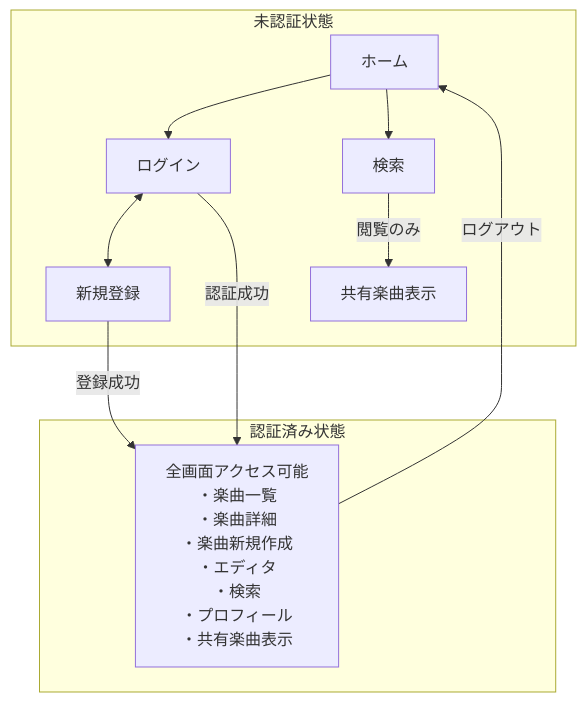
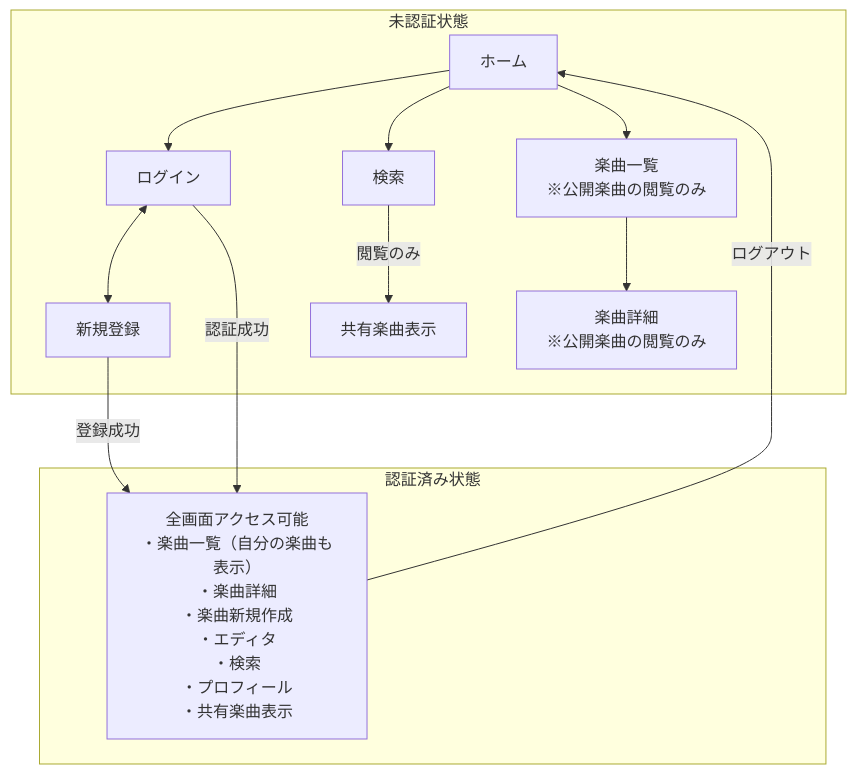
One commit to yasudaProduct/chord-chart changed the third of 12 diagrams in docs/ui/screen-flow.md. Above: the diagram before and after it, drawn with Mermaid. The commit also changed other lines of this file and 2 other files, not shown here.

````diff
--- a/docs/ui/screen-flow.md
+++ b/docs/ui/screen-flow.md
@@ -73,22 +74,26 @@
 ```mermaid
 flowchart TB
     subgraph 未認証状態
         Home1[ホーム]
         Login1[ログイン]
         Register1[新規登録]
         Search1[検索]
         Share1[共有楽曲表示]
+        Songs1[楽曲一覧<br/>※公開楽曲の閲覧のみ]
+        SongDetail1[楽曲詳細<br/>※公開楽曲の閲覧のみ]
     end
 
     subgraph 認証済み状態
-        AllPages[全画面アクセス可能<br/>・楽曲一覧<br/>・楽曲詳細<br/>・楽曲新規作成<br/>・エディタ<br/>・検索<br/>・プロフィール<br/>・共有楽曲表示]
+        AllPages[全画面アクセス可能<br/>・楽曲一覧（自分の楽曲も表示）<br/>・楽曲詳細<br/>・楽曲新規作成<br/>・エディタ<br/>・検索<br/>・プロフィール<br/>・共有楽曲表示]
     end
 
     Home1 --> Login1
     Home1 --> Search1
+    Home1 --> Songs1
+    Songs1 --> SongDetail1
     Login1 <--> Register1
     Login1 -->|認証成功| AllPages
     Register1 -->|登録成功| AllPages
     Search1 -->|閲覧のみ| Share1
     AllPages -->|ログアウト| Home1
 ```
````
